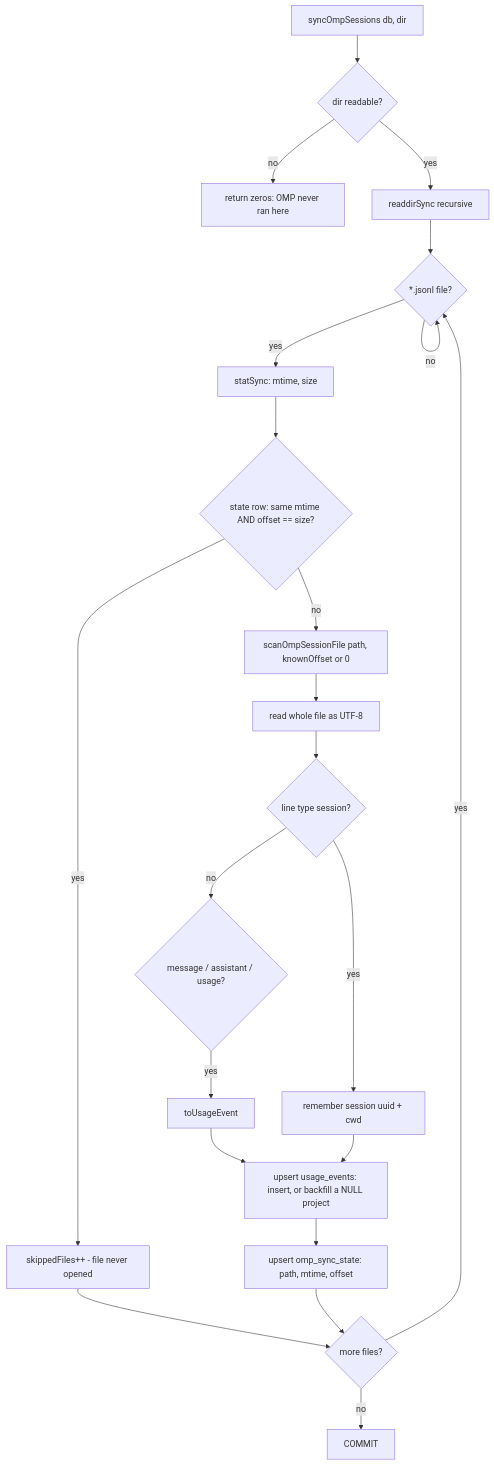
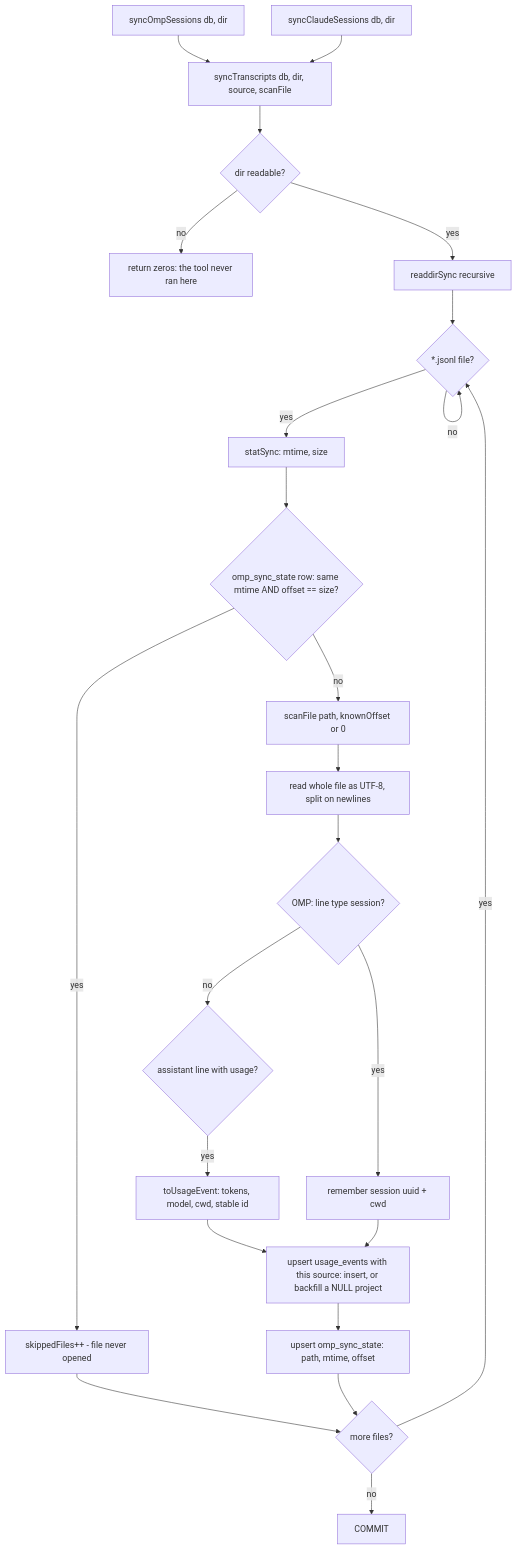
The diagram in docs/architecture/06-omp-collector.md (prajwal-hebbar-07/prompt-burn), drawn with Mermaid before and after one commit. The commit also changed other lines of this file and 43 other files, not shown here.

First line of the commit message:
feat: add Claude Code as a third usage source

````diff
--- a/docs/architecture/06-omp-collector.md
+++ b/docs/architecture/06-omp-collector.md
@@ -51,23 +80,25 @@
 ```mermaid
 flowchart TD
-    A[syncOmpSessions db, dir] --> B{dir readable?}
-    B -- no --> Z[return zeros: OMP never ran here]
+    A1[syncOmpSessions db, dir] --> S[syncTranscripts db, dir, source, scanFile]
+    A2[syncClaudeSessions db, dir] --> S
+    S --> B{dir readable?}
+    B -- no --> Z[return zeros: the tool never ran here]
     B -- yes --> C[readdirSync recursive]
     C --> D{*.jsonl file?}
     D -- no --> D
     D -- yes --> E[statSync: mtime, size]
-    E --> F{state row: same mtime AND offset == size?}
+    E --> F{omp_sync_state row: same mtime AND offset == size?}
     F -- yes --> G[skippedFiles++ - file never opened]
-    F -- no --> H[scanOmpSessionFile path, knownOffset or 0]
-    H --> I[read whole file as UTF-8]
-    I --> J{line type session?}
+    F -- no --> H[scanFile path, knownOffset or 0]
+    H --> I[read whole file as UTF-8, split on newlines]
+    I --> J{OMP: line type session?}
     J -- yes --> K[remember session uuid + cwd]
-    J -- no --> L{message / assistant / usage?}
-    L -- yes --> M[toUsageEvent]
-    M --> N[upsert usage_events: insert, or backfill a NULL project]
+    J -- no --> L{assistant line with usage?}
+    L -- yes --> M[toUsageEvent: tokens, model, cwd, stable id]
+    M --> N[upsert usage_events with this source: insert, or backfill a NULL project]
     K --> N
     N --> O[upsert omp_sync_state: path, mtime, offset]
     G & O --> P{more files?}
     P -- yes --> D
     P -- no --> Q[COMMIT]
 ```
````
